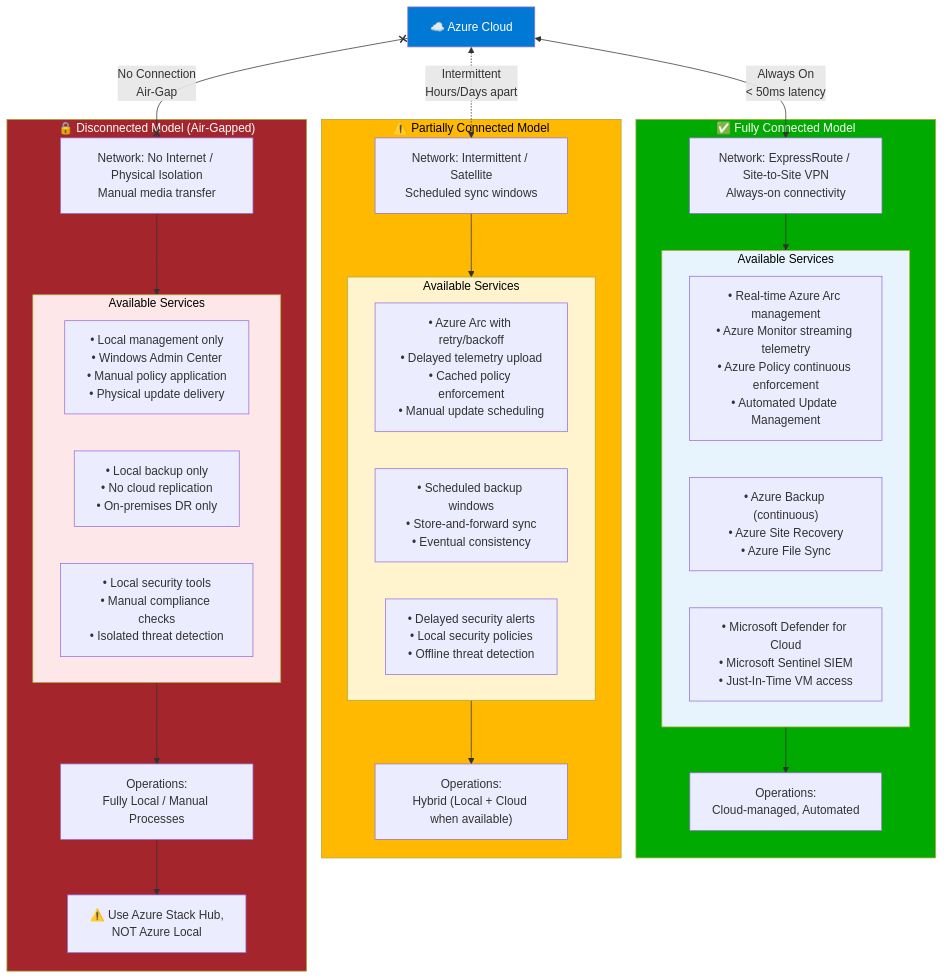
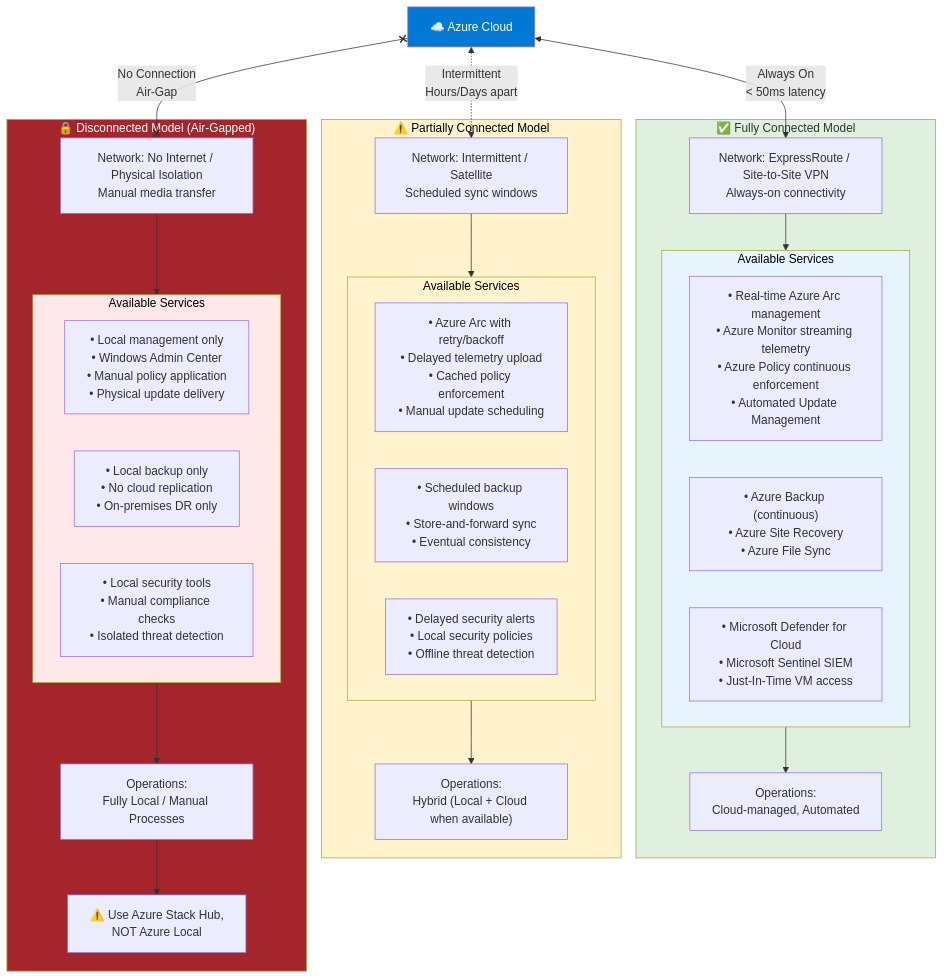
One commit to EmeaAppGbb/AzureHybridContinuumCookBook changed the diagram in docs/02-azure-hybrid-infrastructure/05-connectivity-models.md. Above: the diagram before and after it, drawn with Mermaid. The commit also changed 28 other files, not shown here.

First line of the commit message:
Fix Mermaid diagram readability: use light pastel subgraph backgrounds

````diff
--- a/docs/02-azure-hybrid-infrastructure/05-connectivity-models.md
+++ b/docs/02-azure-hybrid-infrastructure/05-connectivity-models.md
@@ -325,62 +325,62 @@
 ```mermaid
 graph TB
     subgraph Connected["✅ Fully Connected Model"]
         ConnNetwork["Network: ExpressRoute / Site-to-Site VPN<br/>Always-on connectivity"]
         
         subgraph ConnServices["Available Services"]
             ConnMgmt["• Real-time Azure Arc management<br/>• Azure Monitor streaming telemetry<br/>• Azure Policy continuous enforcement<br/>• Automated Update Management"]
             ConnData["• Azure Backup (continuous)<br/>• Azure Site Recovery<br/>• Azure File Sync"]
             ConnSecurity["• Microsoft Defender for Cloud<br/>• Microsoft Sentinel SIEM<br/>• Just-In-Time VM access"]
         end
         
         ConnOps["Operations:<br/>Cloud-managed, Automated"]
     end
     
     subgraph Partial["⚠️ Partially Connected Model"]
         PartialNetwork["Network: Intermittent / Satellite<br/>Scheduled sync windows"]
         
         subgraph PartialServices["Available Services"]
             PartialMgmt["• Azure Arc with retry/backoff<br/>• Delayed telemetry upload<br/>• Cached policy enforcement<br/>• Manual update scheduling"]
             PartialData["• Scheduled backup windows<br/>• Store-and-forward sync<br/>• Eventual consistency"]
             PartialSecurity["• Delayed security alerts<br/>• Local security policies<br/>• Offline threat detection"]
         end
         
         PartialOps["Operations:<br/>Hybrid (Local + Cloud when available)"]
     end
     
     subgraph Disconnected["🔒 Disconnected Model (Air-Gapped)"]
         DisconnNetwork["Network: No Internet / Physical Isolation<br/>Manual media transfer"]
         
         subgraph DisconnServices["Available Services"]
             DisconnMgmt["• Local management only<br/>• Windows Admin Center<br/>• Manual policy application<br/>• Physical update delivery"]
             DisconnData["• Local backup only<br/>• No cloud replication<br/>• On-premises DR only"]
             DisconnSecurity["• Local security tools<br/>• Manual compliance checks<br/>• Isolated threat detection"]
         end
         
         DisconnOps["Operations:<br/>Fully Local / Manual Processes"]
         DisconnNote["⚠️ Use Azure Stack Hub,<br/>NOT Azure Local"]
     end
     
     Azure["☁️ Azure Cloud"]
     
     Azure <-->|"Always On<br/>< 50ms latency"| ConnNetwork
     Azure <-.->|"Intermittent<br/>Hours/Days apart"| PartialNetwork
     Azure x--x|"No Connection<br/>Air-Gap"| DisconnNetwork
     
     ConnNetwork --> ConnServices
     PartialNetwork --> PartialServices
     DisconnNetwork --> DisconnServices
     
     ConnServices --> ConnOps
     PartialServices --> PartialOps
     DisconnServices --> DisconnOps
     DisconnOps --> DisconnNote
     
-    style Connected fill:#00aa00,color:#fff
-    style Partial fill:#ffb900,color:#000
+    style Connected fill:#dff0df
+    style Partial fill:#fff3cd,color:#000
     style Disconnected fill:#a4262c,color:#fff
     style Azure fill:#0078d4,color:#fff
     style ConnServices fill:#e8f4fd,color:#000
     style PartialServices fill:#fff4ce,color:#000
     style DisconnServices fill:#fde7e9,color:#000
 ```
````
